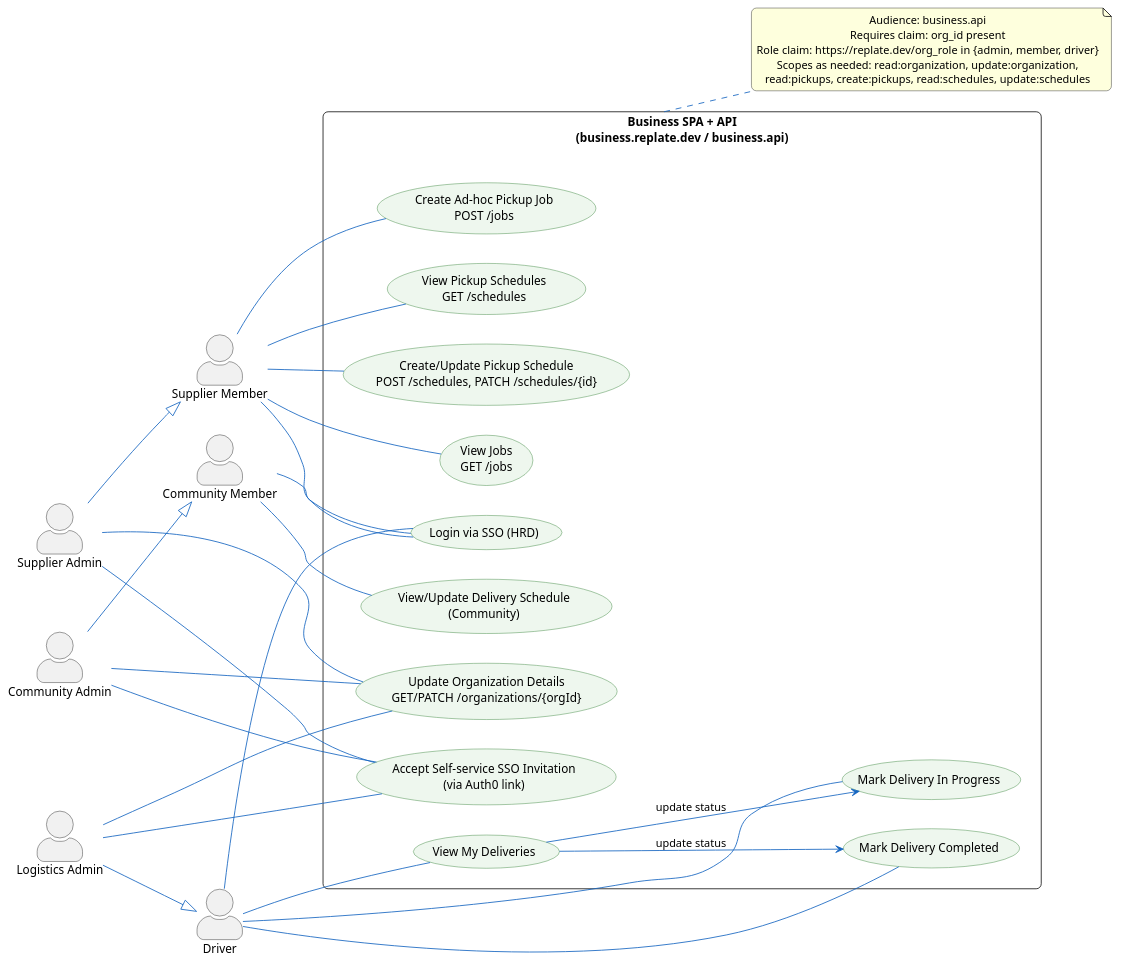
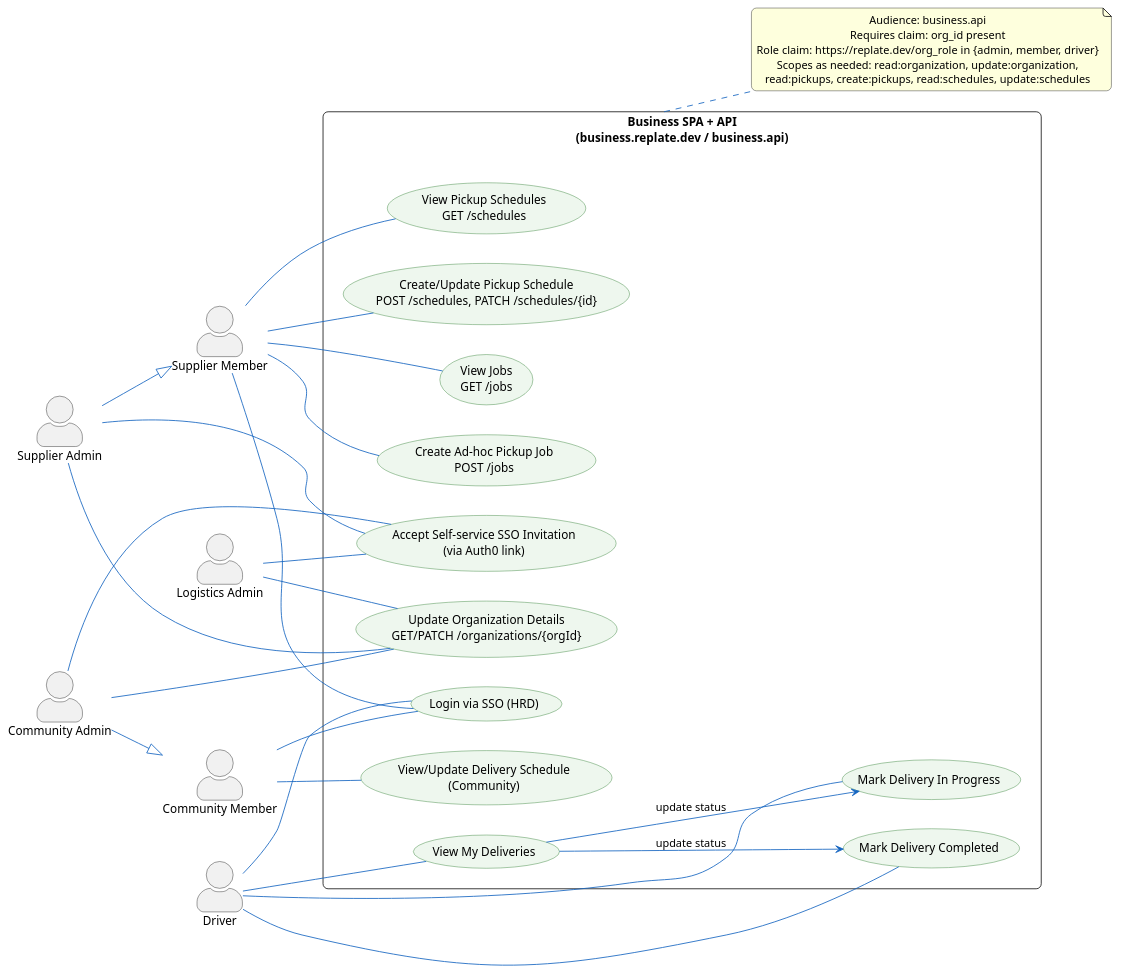
Before and after one commit to abbaspour/replate: the diagram in business/diagrams/business-use-cases.puml, drawn with PlantUML. The commit also changed 1 other file, not shown here.

Commit message:
updating readme to match diagram (4)

```diff
--- a/business/diagrams/business-use-cases.puml
+++ b/business/diagrams/business-use-cases.puml
@@ -1,89 +1,88 @@
 @startuml
 left to right direction
 skinparam usecase {
   BackgroundColor #EEF7EE
   BorderColor #2E7D32
   ArrowColor #1565C0
 }
 skinparam actorStyle awesome
 skinparam shadowing false
 skinparam roundcorner 12
 skinparam DefaultTextAlignment center
 
 ' Actors in Business domain
 actor "Supplier Admin" as SupplierAdmin
 actor "Supplier Member" as SupplierMember
 actor "Logistics Admin" as LogisticsAdmin
 actor Driver
 actor "Community Admin" as CommunityAdmin
 actor "Community Member" as CommunityMember
 
 CommunityAdmin --|> CommunityMember
 SupplierAdmin --|> SupplierMember
-LogisticsAdmin --|> Driver
 
 rectangle "Business SPA + API\n(business.replate.dev / business.api)" as System {
   usecase "Login via SSO (HRD)" as UCLogin
 
   usecase "View Jobs\nGET /jobs" as UCViewJobs
   usecase "Create Ad-hoc Pickup Job\nPOST /jobs" as UCCreateJob
 
   usecase "View Pickup Schedules\nGET /schedules" as UCViewSchedules
   usecase "Create/Update Pickup Schedule\nPOST /schedules, PATCH /schedules/{id}" as UCManageSchedules
 
   usecase "View/Update Delivery Schedule\n(Community)" as UCManageDeliverySchedules
 
   usecase "Update Organization Details\nGET/PATCH /organizations/{orgId}" as UCUpdateOrg
 
   usecase "View My Deliveries" as UCDriverView
   usecase "Mark Delivery In Progress" as UCInProgress
   usecase "Mark Delivery Completed" as UCCompleted
 
   usecase "Accept Self-service SSO Invitation\n(via Auth0 link)" as UCAcceptSSO
 '  usecase "Update Logistics Company Details" as UCUpdateLogistics
 }
 
 ' Auth and access rules (claims/scopes)
 note right of System
   Audience: business.api
   Requires claim: org_id present
   Role claim: https://replate.dev/org_role in {admin, member, driver}
   Scopes as needed: read:organization, update:organization,
   read:pickups, create:pickups, read:schedules, update:schedules
 end note
 
 ' Login applies to all personas
 SupplierMember -- UCLogin
 Driver -- UCLogin
 CommunityMember -- UCLogin
 
 ' Jobs
 SupplierMember -- UCViewJobs
 Driver -- UCDriverView
 
 SupplierMember -- UCCreateJob
 
 ' Schedules (Pickup schedules for Suppliers)
 SupplierMember -- UCViewSchedules
 SupplierMember -- UCManageSchedules
 
 ' Delivery schedules for Communities
 CommunityMember -- UCManageDeliverySchedules
 
 ' Organization details
 SupplierAdmin -- UCUpdateOrg
 LogisticsAdmin -- UCUpdateOrg
 CommunityAdmin -- UCUpdateOrg
 
 ' Driver workflow
 UCDriverView --> UCInProgress : update status
 UCDriverView --> UCCompleted : update status
 Driver -- UCInProgress
 Driver -- UCCompleted
 
 ' Self-service SSO invitation acceptance
 SupplierAdmin -- UCAcceptSSO
 LogisticsAdmin -- UCAcceptSSO
 CommunityAdmin -- UCAcceptSSO
 
 @enduml
```
